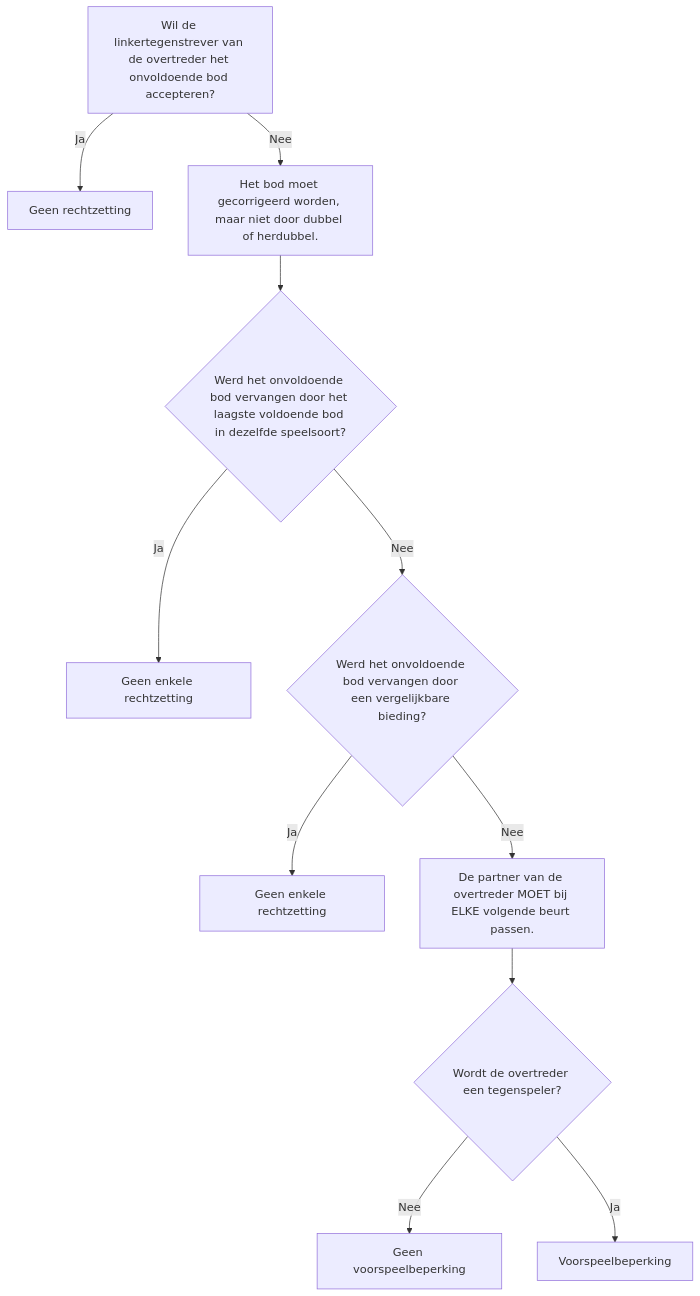
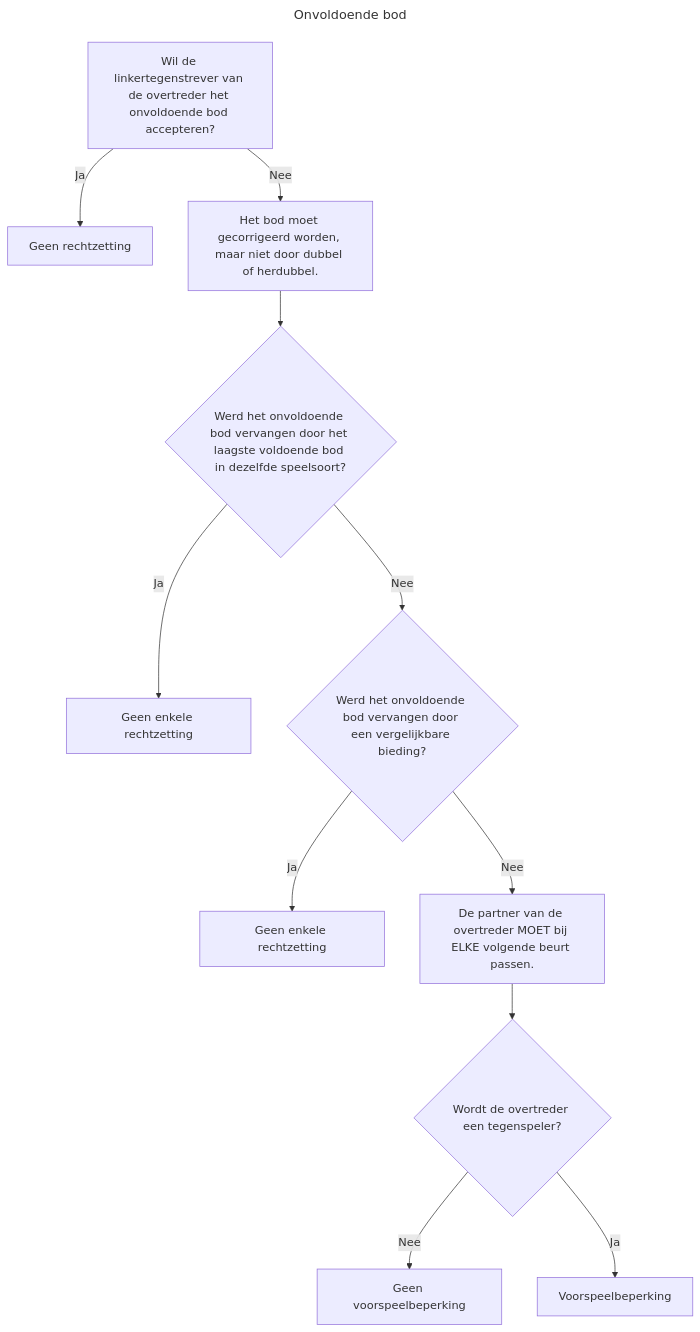
The diagram in onvoldoende-bod.md (tcorneli/CTL-instructies), drawn with Mermaid before and after one commit.

Commit message:
Update title in onvoldoende-bod.md

````diff
--- a/onvoldoende-bod.md
+++ b/onvoldoende-bod.md
@@ -1,16 +1,16 @@
 ```mermaid
 ---
-Onvoldoende bod
+title: Onvoldoende bod
 ---
 graph TD
     A[Wil de linkertegenstrever van de overtreder het onvoldoende bod accepteren?] -->|Ja| B[Geen rechtzetting]
     A -->|Nee| C[Het bod moet gecorrigeerd worden, maar niet door dubbel of herdubbel.]
     C --> D{Werd het onvoldoende bod vervangen door het laagste voldoende bod in dezelfde speelsoort?}
     D -->|Ja| E[Geen enkele rechtzetting]
     D -->|Nee| F{Werd het onvoldoende bod vervangen door een vergelijkbare bieding?}
     F -->|Ja| G[Geen enkele rechtzetting]
     F -->|Nee| H[De partner van de overtreder MOET bij ELKE volgende beurt passen.]
     H --> I{Wordt de overtreder een tegenspeler?}
     I -->|Nee| J[Geen voorspeelbeperking]
     I -->|Ja| K[Voorspeelbeperking]
 ```
````
